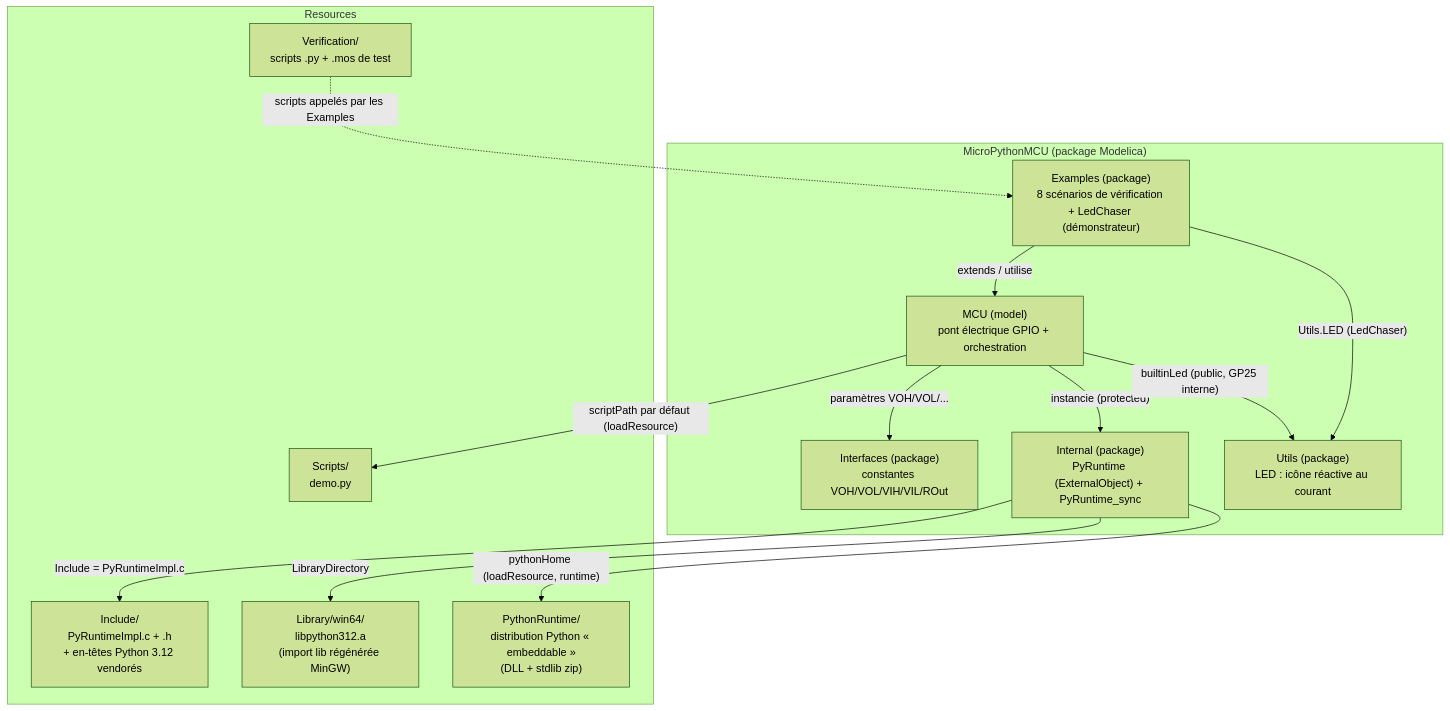
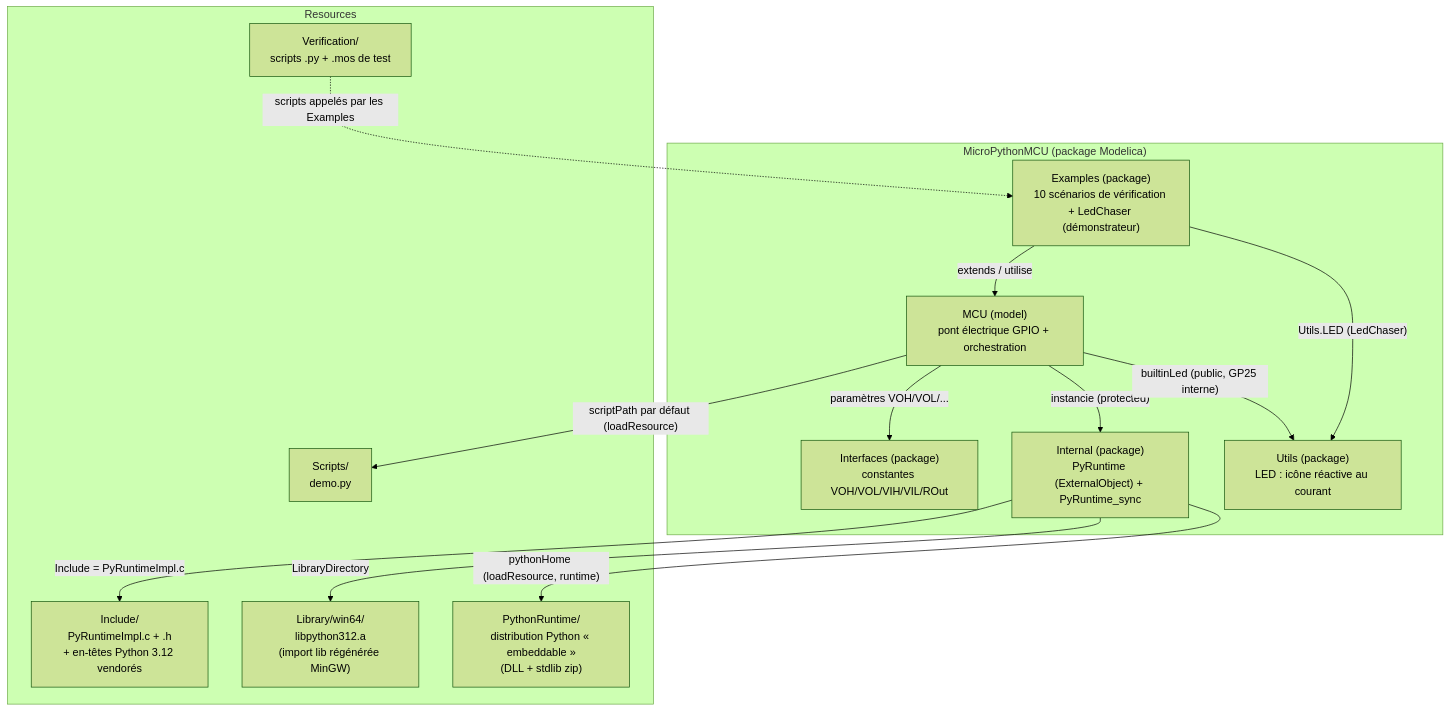
One commit to bdelaup/modelica_micropython changed the diagram in docs/architecture.md. Above: the diagram before and after it, drawn with Mermaid (forest theme). The commit also changed other lines of this file and 14 other files, not shown here.

````diff
--- a/docs/architecture.md
+++ b/docs/architecture.md
@@ -9,28 +9,28 @@
 ```mermaid
 graph TD
     subgraph LIB["MicroPythonMCU (package Modelica)"]
         MCU["MCU (model)<br/>pont électrique GPIO + orchestration"]
         Interfaces["Interfaces (package)<br/>constantes VOH/VOL/VIH/VIL/ROut"]
         Internal["Internal (package)<br/>PyRuntime (ExternalObject) + PyRuntime_sync"]
         Utils["Utils (package)<br/>LED : icône réactive au courant"]
-        Examples["Examples (package)<br/>8 scénarios de vérification + LedChaser (démonstrateur)"]
+        Examples["Examples (package)<br/>10 scénarios de vérification + LedChaser (démonstrateur)"]
     end
     subgraph RES["Resources"]
         Include["Include/<br/>PyRuntimeImpl.c + .h<br/>+ en-têtes Python 3.12 vendorés"]
         Library["Library/win64/<br/>libpython312.a<br/>(import lib régénérée MinGW)"]
         PythonRuntime["PythonRuntime/<br/>distribution Python « embeddable »<br/>(DLL + stdlib zip)"]
         Scripts["Scripts/<br/>demo.py"]
         Verification["Verification/<br/>scripts .py + .mos de test"]
     end
 
     MCU -- "paramètres VOH/VOL/..." --> Interfaces
     MCU -- "instancie (protected)" --> Internal
     MCU -- "builtinLed (public, GP25 interne)" --> Utils
     Examples -- "extends / utilise" --> MCU
     Examples -- "Utils.LED (LedChaser)" --> Utils
     Internal -- "Include = PyRuntimeImpl.c" --> Include
     Internal -- "LibraryDirectory" --> Library
     Internal -- "pythonHome (loadResource, runtime)" --> PythonRuntime
     MCU -- "scriptPath par défaut (loadResource)" --> Scripts
     Verification -. "scripts appelés par les Examples" .-> Examples
 ```
````
